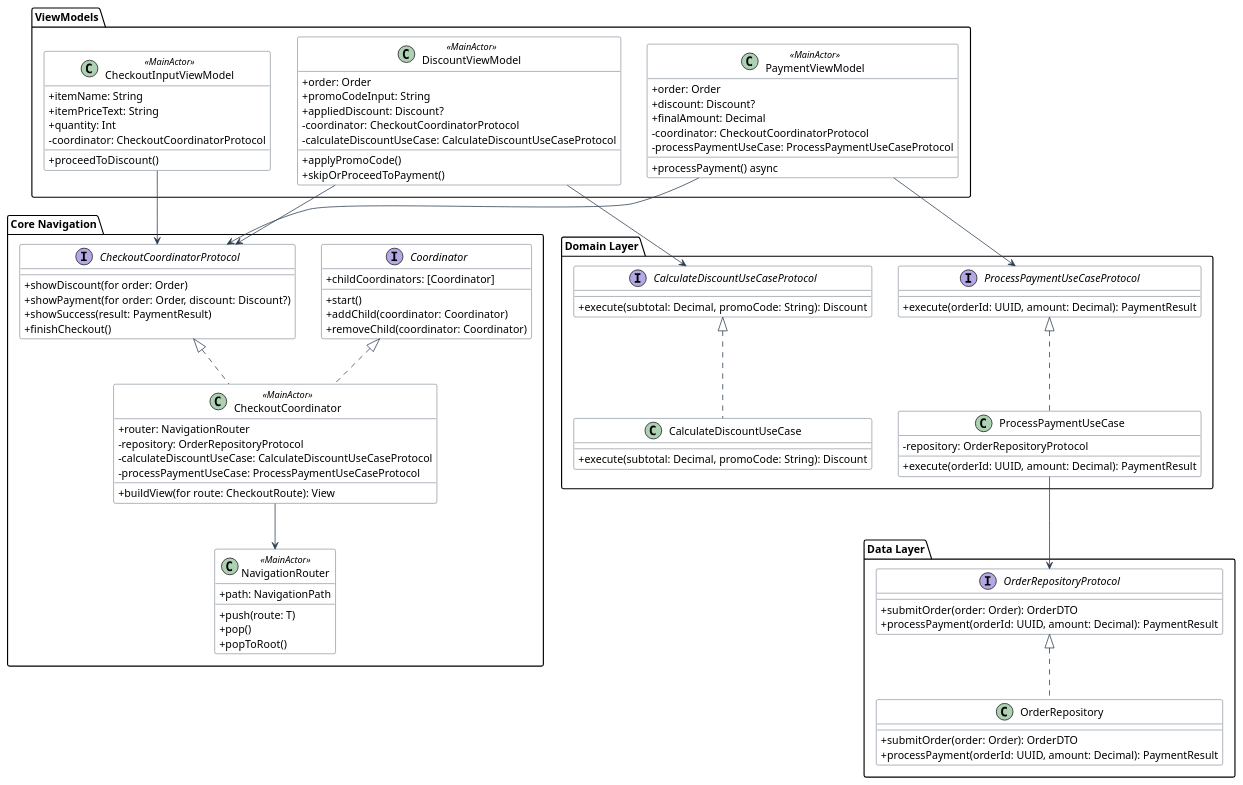
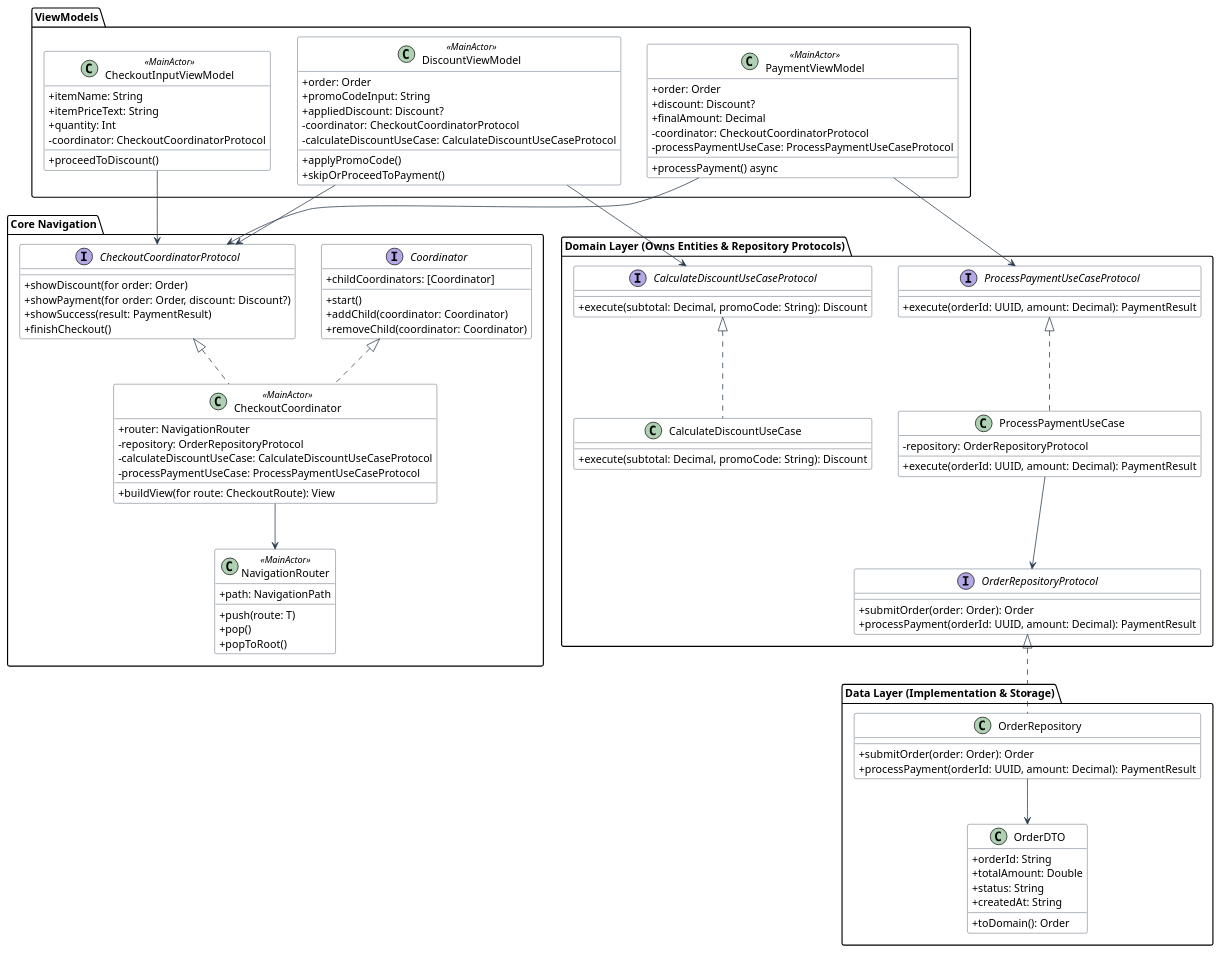
Before and after one commit to lwrnczeng/MVVMC-Blueprint: the second of 3 diagrams in Diagrams/architecture_diagrams.puml, drawn with PlantUML. The commit also changed other lines of this file and 2605 other files, not shown here.

```diff
--- a/Diagrams/architecture_diagrams.puml
+++ b/Diagrams/architecture_diagrams.puml
@@ -64,115 +64,124 @@
 @startuml ClassDiagram
 skinparam classAttributeIconSize 0
 skinparam class {
     BackgroundColor White
     ArrowColor #2C3E50
     BorderColor #2C3E50
 }
 
 package "Core Navigation" {
     interface Coordinator {
         +childCoordinators: [Coordinator]
         +start()
         +addChild(coordinator: Coordinator)
         +removeChild(coordinator: Coordinator)
     }
 
     class NavigationRouter << MainActor >> {
         +path: NavigationPath
         +push(route: T)
         +pop()
         +popToRoot()
     }
 
     interface CheckoutCoordinatorProtocol {
         +showDiscount(for order: Order)
         +showPayment(for order: Order, discount: Discount?)
         +showSuccess(result: PaymentResult)
         +finishCheckout()
     }
 
     class CheckoutCoordinator << MainActor >> {
         +router: NavigationRouter
         -repository: OrderRepositoryProtocol
         -calculateDiscountUseCase: CalculateDiscountUseCaseProtocol
         -processPaymentUseCase: ProcessPaymentUseCaseProtocol
         +buildView(for route: CheckoutRoute): View
     }
 
     Coordinator <|.. CheckoutCoordinator
     CheckoutCoordinatorProtocol <|.. CheckoutCoordinator
     CheckoutCoordinator --> NavigationRouter
 }
 
 package "ViewModels" {
     class CheckoutInputViewModel << MainActor >> {
         +itemName: String
         +itemPriceText: String
         +quantity: Int
         -coordinator: CheckoutCoordinatorProtocol
         +proceedToDiscount()
     }
 
     class DiscountViewModel << MainActor >> {
         +order: Order
         +promoCodeInput: String
         +appliedDiscount: Discount?
         -coordinator: CheckoutCoordinatorProtocol
         -calculateDiscountUseCase: CalculateDiscountUseCaseProtocol
         +applyPromoCode()
         +skipOrProceedToPayment()
     }
 
     class PaymentViewModel << MainActor >> {
         +order: Order
         +discount: Discount?
         +finalAmount: Decimal
         -coordinator: CheckoutCoordinatorProtocol
         -processPaymentUseCase: ProcessPaymentUseCaseProtocol
         +processPayment() async
     }
 
     CheckoutInputViewModel --> CheckoutCoordinatorProtocol
     DiscountViewModel --> CheckoutCoordinatorProtocol
     PaymentViewModel --> CheckoutCoordinatorProtocol
 }
 
-package "Domain Layer" {
+package "Domain Layer (Owns Entities & Repository Protocols)" {
+    interface OrderRepositoryProtocol {
+        +submitOrder(order: Order): Order
+        +processPayment(orderId: UUID, amount: Decimal): PaymentResult
+    }
+
     interface CalculateDiscountUseCaseProtocol {
         +execute(subtotal: Decimal, promoCode: String): Discount
     }
 
     interface ProcessPaymentUseCaseProtocol {
         +execute(orderId: UUID, amount: Decimal): PaymentResult
     }
 
     class CalculateDiscountUseCase {
         +execute(subtotal: Decimal, promoCode: String): Discount
     }
 
     class ProcessPaymentUseCase {
         -repository: OrderRepositoryProtocol
         +execute(orderId: UUID, amount: Decimal): PaymentResult
     }
 
     CalculateDiscountUseCaseProtocol <|.. CalculateDiscountUseCase
     ProcessPaymentUseCaseProtocol <|.. ProcessPaymentUseCase
     DiscountViewModel --> CalculateDiscountUseCaseProtocol
     PaymentViewModel --> ProcessPaymentUseCaseProtocol
+    ProcessPaymentUseCase --> OrderRepositoryProtocol
 }
 
-package "Data Layer" {
-    interface OrderRepositoryProtocol {
-        +submitOrder(order: Order): OrderDTO
+package "Data Layer (Implementation & Storage)" {
+    class OrderRepository {
+        +submitOrder(order: Order): Order
         +processPayment(orderId: UUID, amount: Decimal): PaymentResult
     }
 
-    class OrderRepository {
-        +submitOrder(order: Order): OrderDTO
-        +processPayment(orderId: UUID, amount: Decimal): PaymentResult
+    class OrderDTO {
+        +orderId: String
+        +totalAmount: Double
+        +status: String
+        +createdAt: String
+        +toDomain(): Order
     }
 
     OrderRepositoryProtocol <|.. OrderRepository
-    ProcessPaymentUseCase --> OrderRepositoryProtocol
+    OrderRepository --> OrderDTO
 }
 @enduml
```
